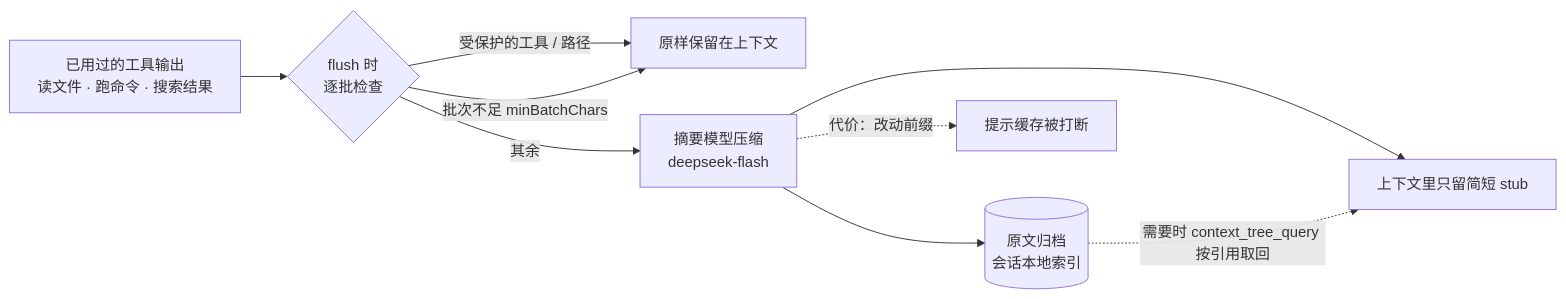
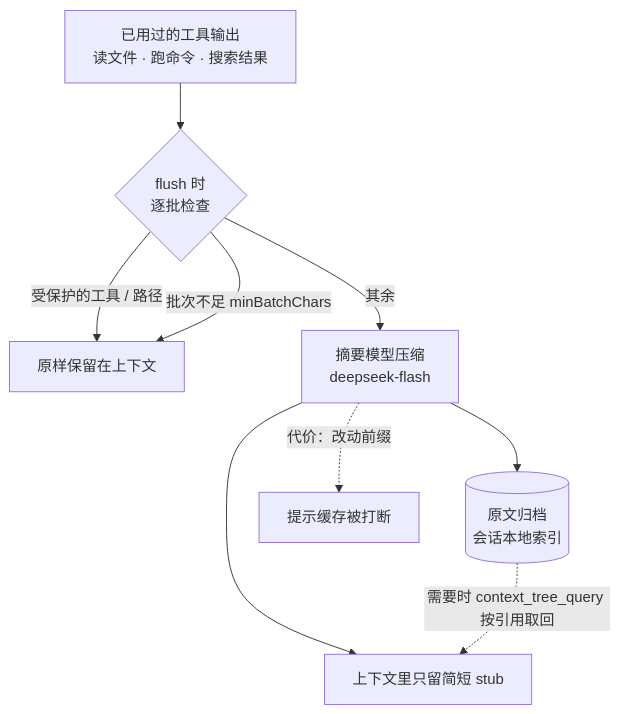
Before and after one commit to Jerry2003sky/pi-playbook: the fourth of 4 diagrams in drafts/mermaid-草图.md, drawn with Mermaid. The commit also changed other lines of this file, not shown here.

Commit message:
docs: 调整草图 2、4 的布局

````diff
--- a/drafts/mermaid-草图.md
+++ b/drafts/mermaid-草图.md
@@ -61,14 +61,14 @@
 ```mermaid
-flowchart LR
+flowchart TB
     A["已用过的工具输出<br/>读文件 · 跑命令 · 搜索结果"] --> F{"flush 时<br/>逐批检查"}
 
     F -- "受保护的工具 / 路径" --> K["原样保留在上下文"]
     F -- "批次不足 minBatchChars" --> K
     F -- "其余" --> P["摘要模型压缩<br/>deepseek-flash"]
 
     P --> C["上下文里只留简短 stub"]
     P --> I[("原文归档<br/>会话本地索引")]
     I -. "需要时 context_tree_query 按引用取回" .-> C
 
     P -. "代价：改动前缀" .-> X["提示缓存被打断"]
 ```
````
